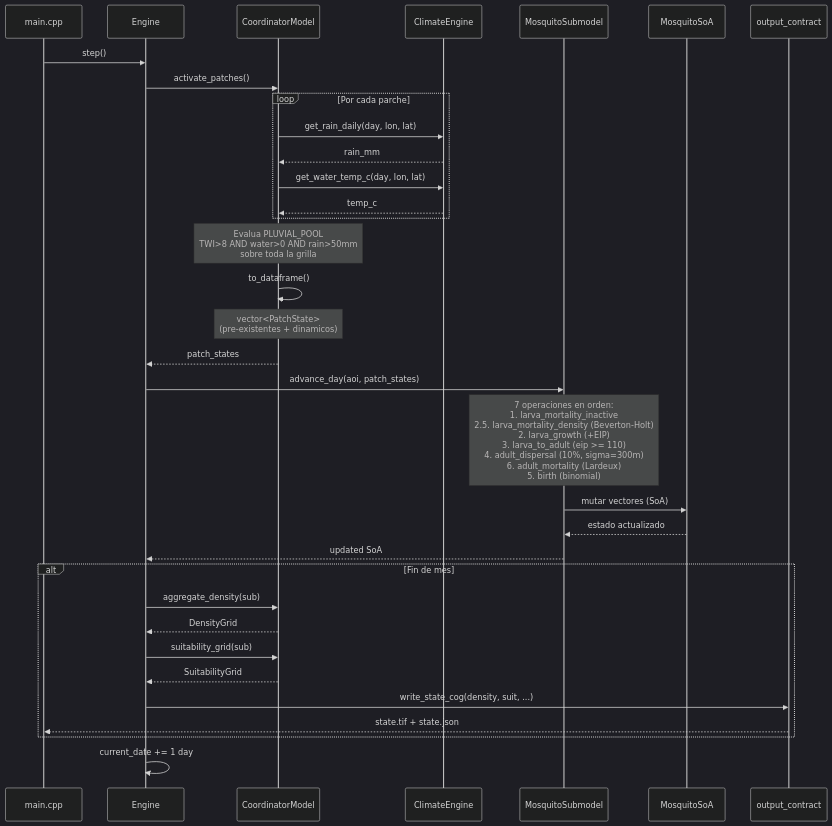
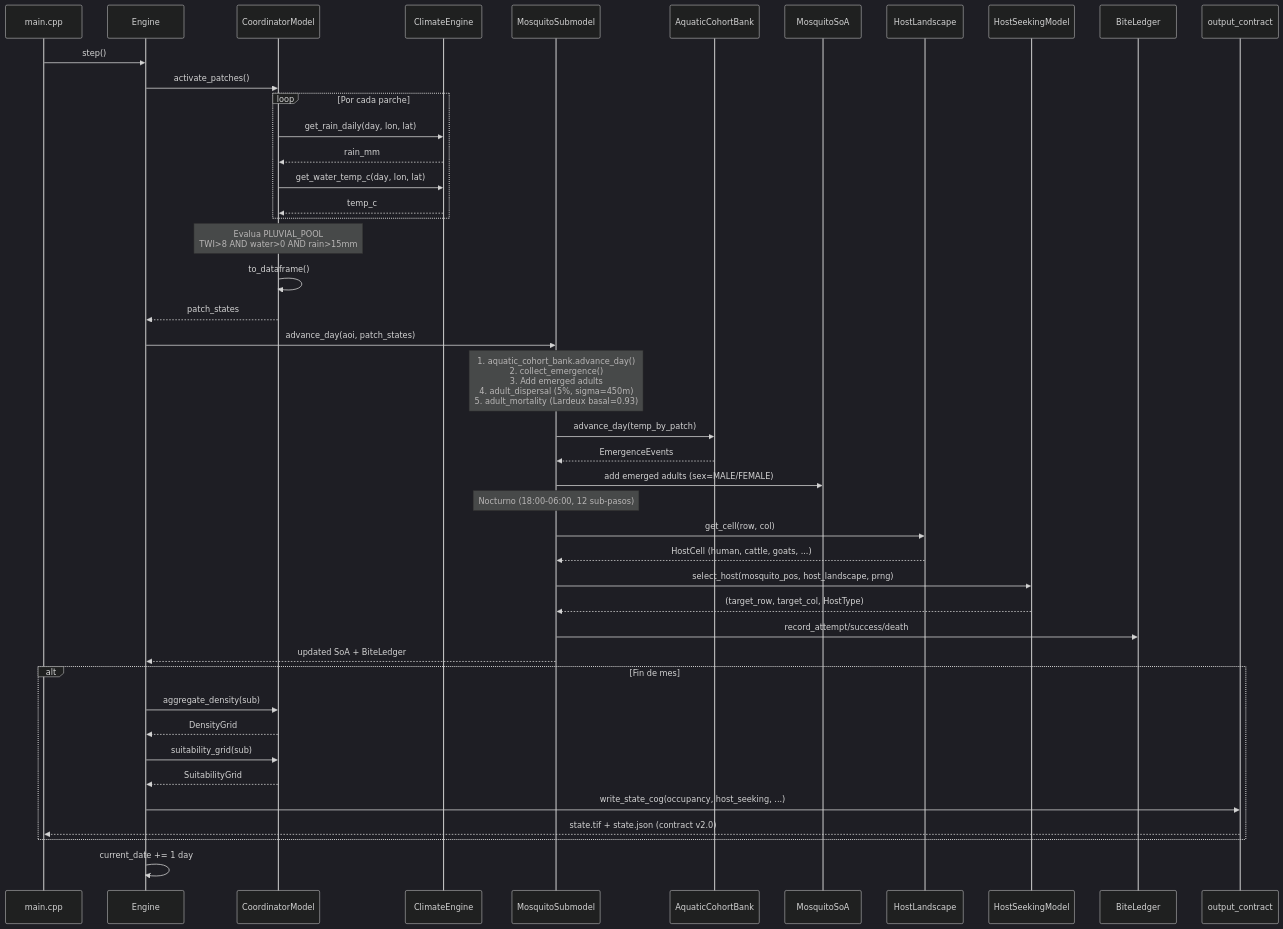
The tenth of 14 diagrams in docs/system-status.md (ANFAIA/MalariaSentinel), drawn with Mermaid (dark theme) before and after one commit. The commit also changed other lines of this file, not shown here.

````diff
--- a/docs/system-status.md
+++ b/docs/system-status.md
@@ -548,45 +584,56 @@
 ```mermaid
 sequenceDiagram
     participant CLI as main.cpp
     participant ENG as Engine
     participant COORD as CoordinatorModel
     participant CLIM as ClimateEngine
     participant SUB as MosquitoSubmodel
+    participant AQUA as AquaticCohortBank
     participant SOA as MosquitoSoA
+    participant HOST as HostLandscape
+    participant SEEK as HostSeekingModel
+    participant BITE as BiteLedger
     participant OUT as output_contract
 
     CLI->>ENG: step()
     ENG->>COORD: activate_patches()
 
     loop Por cada parche
         COORD->>CLIM: get_rain_daily(day, lon, lat)
         CLIM-->>COORD: rain_mm
         COORD->>CLIM: get_water_temp_c(day, lon, lat)
         CLIM-->>COORD: temp_c
     end
 
-    Note over COORD: Evalua PLUVIAL_POOL<br/>TWI>8 AND water>0 AND rain>50mm<br/>sobre toda la grilla
+    Note over COORD: Evalua PLUVIAL_POOL<br/>TWI>8 AND water>0 AND rain>15mm
 
     COORD->>COORD: to_dataframe()
-    Note over COORD: vector<PatchState><br/>(pre-existentes + dinamicos)
-
     COORD-->>ENG: patch_states
     ENG->>SUB: advance_day(aoi, patch_states)
 
-    Note over SUB: 7 operaciones en orden:<br/>1. larva_mortality_inactive<br/>2.5. larva_mortality_density (Beverton-Holt)<br/>2. larva_growth (+EIP)<br/>3. larva_to_adult (eip >= 110)<br/>4. adult_dispersal (10%, sigma=300m)<br/>6. adult_mortality (Lardeux)<br/>5. birth (binomial)
+    Note over SUB: 1. aquatic_cohort_bank.advance_day()<br/>2. collect_emergence()<br/>3. Add emerged adults<br/>4. adult_dispersal (5%, sigma=450m)<br/>5. adult_mortality (Lardeux basal=0.93)
 
-    SUB->>SOA: mutar vectores (SoA)
-    SOA-->>SUB: estado actualizado
-    SUB-->>ENG: updated SoA
+    SUB->>AQUA: advance_day(temp_by_patch)
+    AQUA-->>SUB: EmergenceEvents
+    SUB->>SOA: add emerged adults (sex=MALE/FEMALE)
+
+    Note over SUB: Nocturno (18:00-06:00, 12 sub-pasos)
+    SUB->>HOST: get_cell(row, col)
+    HOST-->>SUB: HostCell (human, cattle, goats, ...)
+    SUB->>SEEK: select_host(mosquito_pos, host_landscape, prng)
+    SEEK-->>SUB: (target_row, target_col, HostType)
+    SUB->>BITE: record_attempt/success/death
+
+    SUB-->>ENG: updated SoA + BiteLedger
 
     alt Fin de mes
         ENG->>COORD: aggregate_density(sub)
         COORD-->>ENG: DensityGrid
         ENG->>COORD: suitability_grid(sub)
         COORD-->>ENG: SuitabilityGrid
-        ENG->>OUT: write_state_cog(density, suit, ...)
-        OUT-->>CLI: state.tif + state.json
+        ENG->>OUT: write_state_cog(occupancy, host_seeking, ...)
+        OUT-->>CLI: state.tif + state.json (contract v2.0)
     end
 
     ENG->>ENG: current_date += 1 day
 ```
````
